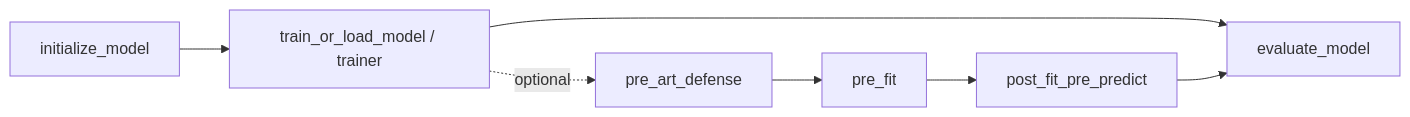
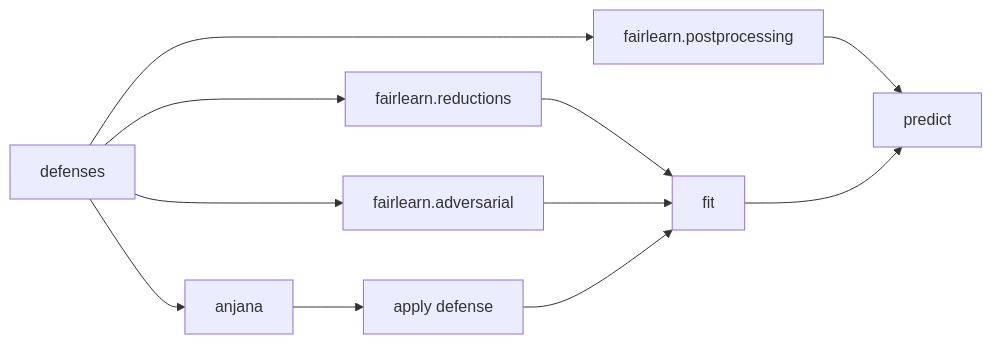
Diagram 12 of 18 in docs/overview/flowcharts.md (simplymathematics/deckard), drawn with Mermaid before and after one commit. The commit also changed other lines of this file and 28 other files, not shown here.

````diff
--- a/docs/overview/flowcharts.md
+++ b/docs/overview/flowcharts.md
@@ -219,9 +197,12 @@
 ```mermaid
 flowchart LR
-  A[initialize_model]:::model --> B[train_or_load_model / trainer]:::model
-  B --> C[evaluate_model]:::model
-  B -. optional .-> D[pre_art_defense]:::model
-  D --> E[pre_fit]:::model
-  E --> F[post_fit_pre_predict]:::model
-  F --> C
+  A[defenses]:::model --> B[anjana]:::model
+  A --> C[fairlearn.reductions]:::model
+  A --> D[fairlearn.adversarial]:::model
+  A --> E[fairlearn.postprocessing]:::model
+  B --> G[apply defense]:::model
+  C --> H[fit]:::model
+  D --> H
+  E --> I[predict]:::model
+  G --> H --> I
 ```
````
